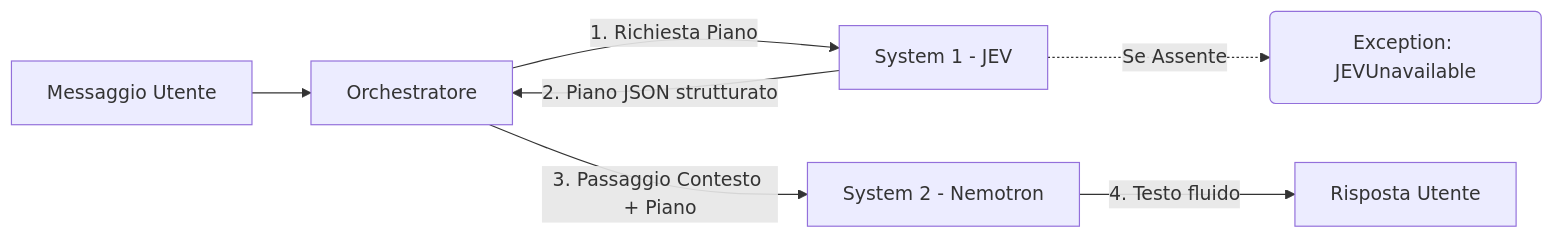
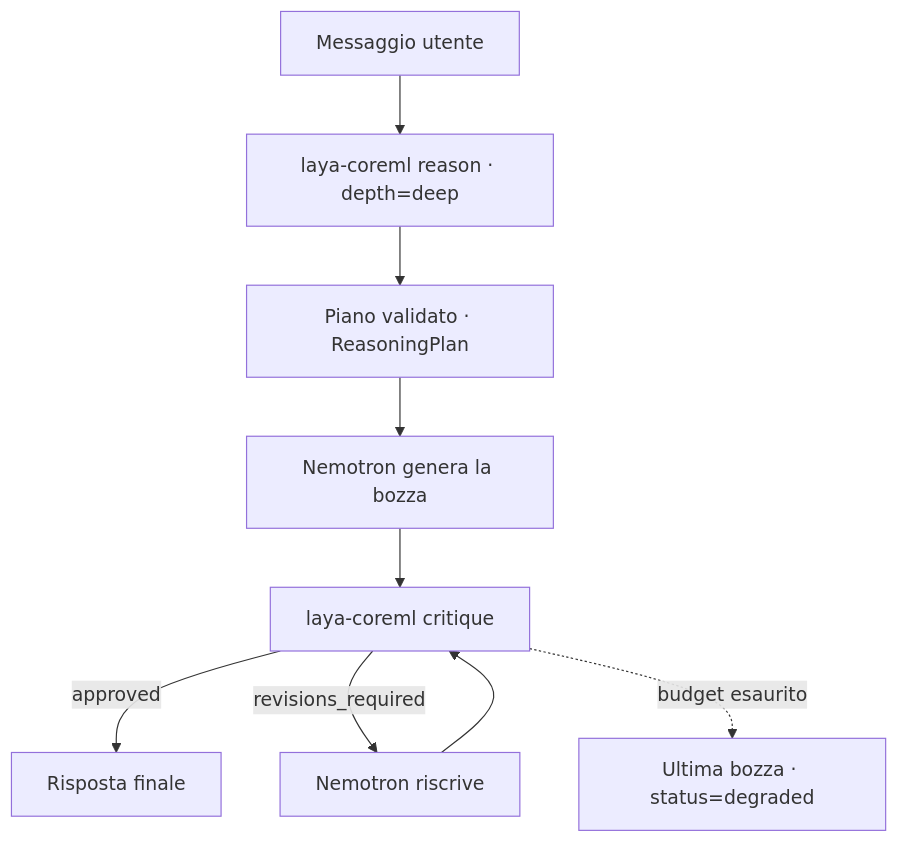
The second of 3 diagrams in docs/ARCHITECTURE.md (mareknardella-lgtm/laya-pro), drawn with Mermaid before and after one commit. The commit also changed other lines of this file and 170 other files, not shown here.

First line of the commit message:
feat: rebuild Laya Pro as a hybrid System 1/System 2 orchestrator

````diff
--- a/docs/ARCHITECTURE.md
+++ b/docs/ARCHITECTURE.md
@@ -99,10 +76,11 @@
 ```mermaid
-flowchart LR
-    MSG[Messaggio Utente] --> ORCH[Orchestratore]
-    ORCH -->|1. Richiesta Piano| JEV[System 1 - JEV]
-    JEV -->|2. Piano JSON strutturato| ORCH
-    ORCH -->|3. Passaggio Contesto + Piano| NEMO[System 2 - Nemotron]
-    NEMO -->|4. Testo fluido| OUT[Risposta Utente]
-    
-    JEV -.->|Se Assente| ERR(Exception: JEVUnavailable)
+flowchart TD
+    MSG[Messaggio utente] --> REASON[laya-coreml reason · depth=deep]
+    REASON --> PLAN[Piano validato · ReasoningPlan]
+    PLAN --> DRAFT[Nemotron genera la bozza]
+    DRAFT --> JUDGE[laya-coreml critique]
+    JUDGE -->|approved| OUT[Risposta finale]
+    JUDGE -->|revisions_required| REV[Nemotron riscrive]
+    REV --> JUDGE
+    JUDGE -.->|budget esaurito| DEG[Ultima bozza · status=degraded]
 ```
````
